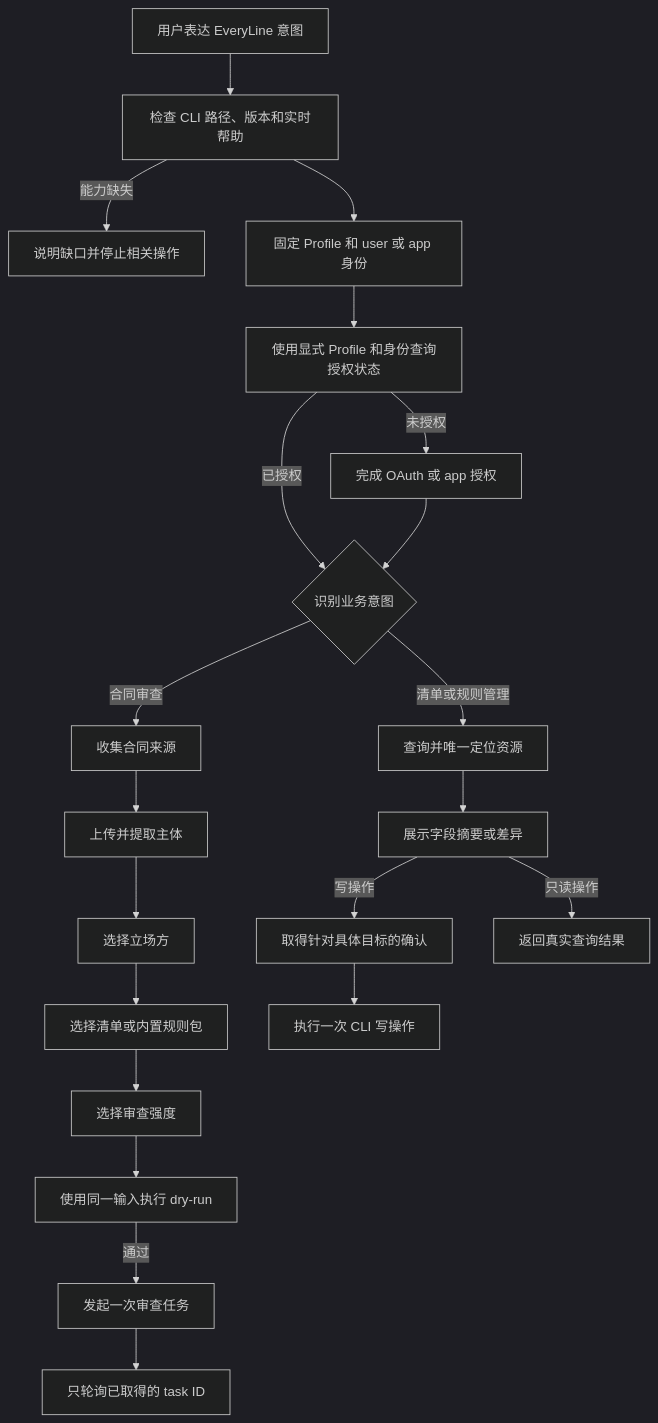
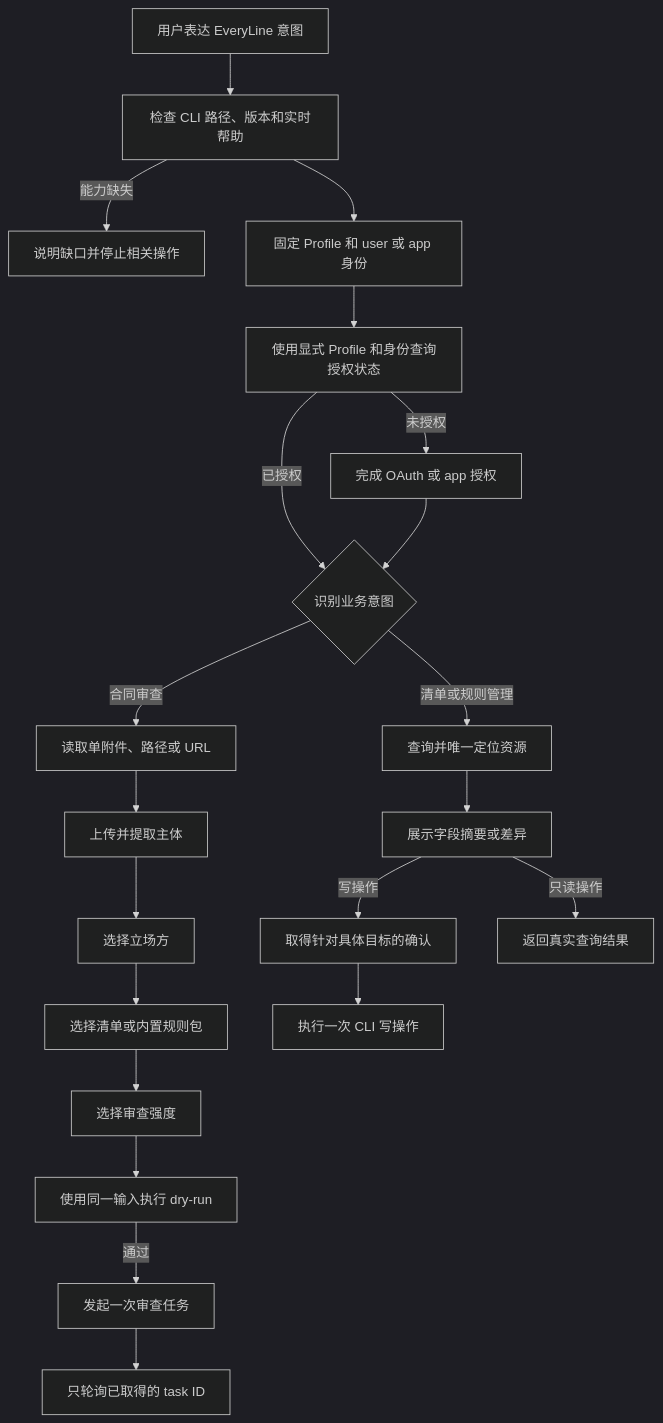
One commit to qfeius/everyline-cli changed the diagram in docs/everyline-cli-skill-interaction-scenarios.md. Above: the diagram before and after it, drawn with Mermaid (dark theme). The commit also changed other lines of this file and 4 other files, not shown here.

````diff
--- a/docs/everyline-cli-skill-interaction-scenarios.md
+++ b/docs/everyline-cli-skill-interaction-scenarios.md
@@ -15,23 +15,23 @@
 ```mermaid
 flowchart TD
     A[用户表达 EveryLine 意图] --> B[检查 CLI 路径、版本和实时帮助]
     B -->|能力缺失| Z[说明缺口并停止相关操作]
     B --> C[固定 Profile 和 user 或 app 身份]
     C --> D[使用显式 Profile 和身份查询授权状态]
     D -->|未授权| E[完成 OAuth 或 app 授权]
     D -->|已授权| F{识别业务意图}
     E --> F
-    F -->|合同审查| G[收集合同来源]
+    F -->|合同审查| G[读取单附件、路径或 URL]
     G --> H[上传并提取主体]
     H --> I[选择立场方]
     I --> J[选择清单或内置规则包]
     J --> K[选择审查强度]
     K --> L[使用同一输入执行 dry-run]
     L -->|通过| M[发起一次审查任务]
     M --> T[只轮询已取得的 task ID]
     F -->|清单或规则管理| N[查询并唯一定位资源]
     N --> O[展示字段摘要或差异]
     O -->|写操作| P[取得针对具体目标的确认]
     P --> Q[执行一次 CLI 写操作]
     O -->|只读操作| R[返回真实查询结果]
 ```
````
